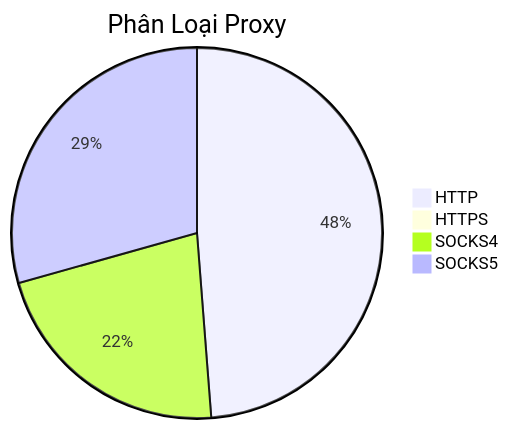
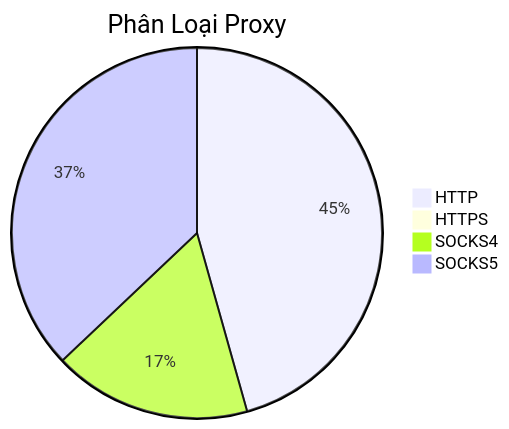
Before and after one commit to Ciara-Aa/PROXY-free: the diagram in README.md, drawn with Mermaid. The commit also changed other lines of this file and 4 other files, not shown here.

````diff
--- a/README.md
+++ b/README.md
@@ -26,7 +26,7 @@
 ```mermaid
 pie title Phân Loại Proxy
-    "HTTP" : 397
-    "HTTPS" : 5
-    "SOCKS4" : 178
-    "SOCKS5" : 239
+    "HTTP" : 293
+    "HTTPS" : 3
+    "SOCKS4" : 111
+    "SOCKS5" : 238
 ```
````
